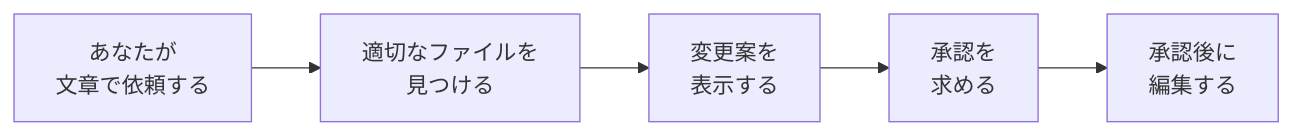
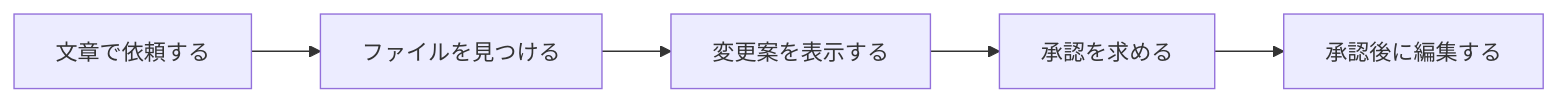
Before and after one commit to coachtech-material/pj_X: the diagram in curriculums/part-03_Claude-Code-基礎/chapter-01_基本操作/3-1-1_依頼して実行する.md, drawn with Mermaid. The commit also changed other lines of this file and 36 other files, not shown here.

````diff
--- a/curriculums/part-03_Claude-Code-基礎/chapter-01_基本操作/3-1-1_依頼して実行する.md
+++ b/curriculums/part-03_Claude-Code-基礎/chapter-01_基本操作/3-1-1_依頼して実行する.md
@@ -57,9 +60,9 @@
 ```mermaid
 flowchart LR
-    A["あなたが<br>文章で依頼する"]
-    B["適切なファイルを<br>見つける"]
-    C["変更案を<br>表示する"]
-    D["承認を<br>求める"]
-    E["承認後に<br>編集する"]
+    A["文章で依頼する"]
+    B["ファイルを見つける"]
+    C["変更案を表示する"]
+    D["承認を求める"]
+    E["承認後に編集する"]
     A --> B --> C --> D --> E
 ```
````
